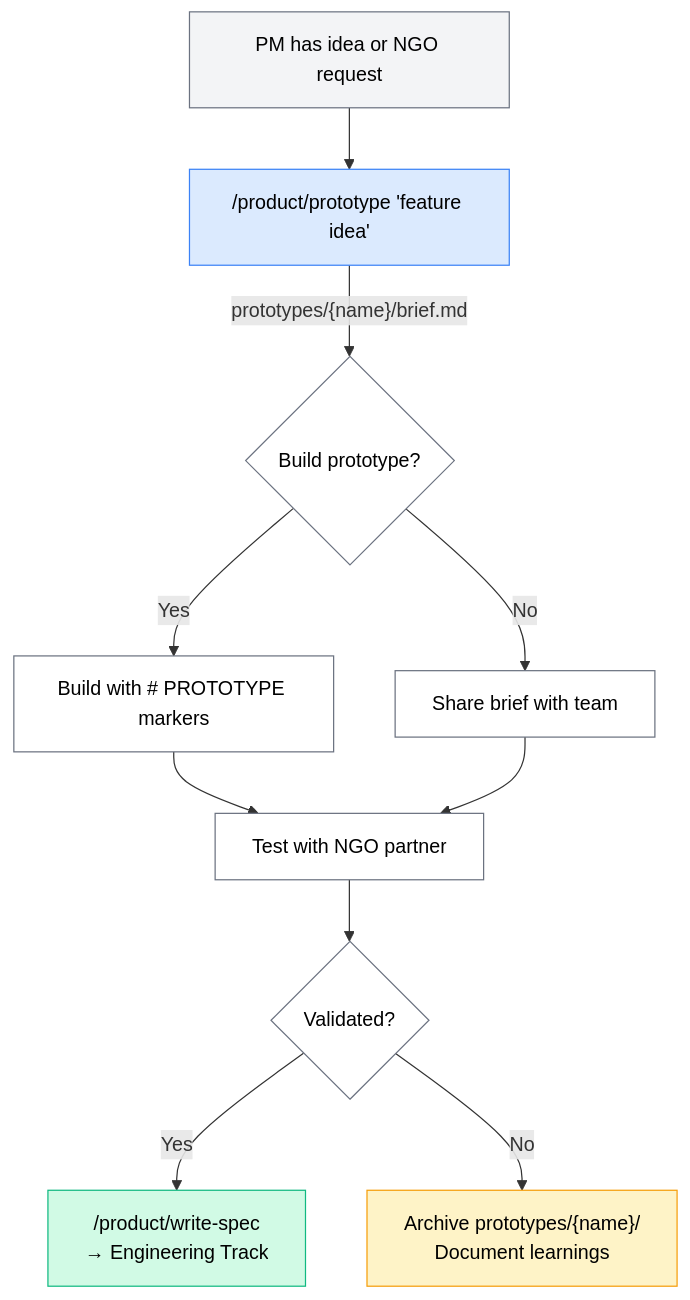
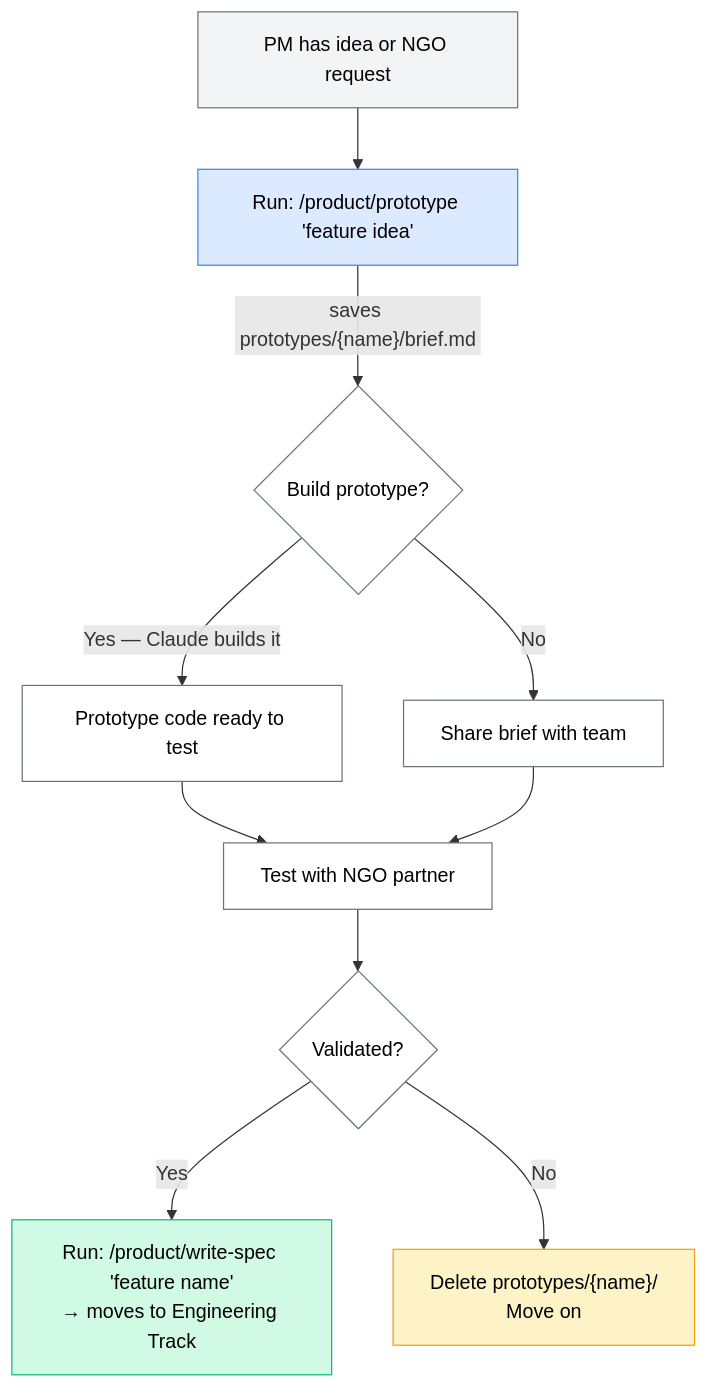
One commit to DalgoT4D/dalgo-core changed the first of 2 diagrams in README.md. Above: the diagram before and after it, drawn with Mermaid. The commit also changed other lines of this file and 1 other file, not shown here.

````diff
--- a/README.md
+++ b/README.md
@@ -50,22 +55,22 @@
 ```mermaid
 flowchart TD
-    A["PM has idea or NGO request"] --> B["/product/prototype 'feature idea'"]
-    B --> |"prototypes/{name}/brief.md"| C{"Build prototype?"}
-    C --> |Yes| D["Build with # PROTOTYPE markers"]
-    C --> |No| E["Share brief with team"]
+    A["PM has idea or NGO request"] --> B["Run: /product/prototype 'feature idea'"]
+    B --> |"saves prototypes/{name}/brief.md"| C{"Build prototype?"}
+    C --> |"Yes — Claude builds it"| D["Prototype code ready to test"]
+    C --> |"No"| E["Share brief with team"]
     D --> F["Test with NGO partner"]
     E --> F
     F --> G{Validated?}
-    G --> |"Yes"| H["/product/write-spec\n→ Engineering Track"]
-    G --> |"No"| I["Archive prototypes/{name}/\nDocument learnings"]
+    G --> |"Yes"| H["Run: /product/write-spec 'feature name'\n→ moves to Engineering Track"]
+    G --> |"No"| I["Delete prototypes/{name}/\nMove on"]
 
     style A fill:#f3f4f6,stroke:#6b7280,color:#000
     style B fill:#dbeafe,stroke:#3b82f6,color:#000
     style C fill:#fff,stroke:#6b7280,color:#000
     style D fill:#fff,stroke:#6b7280,color:#000
     style E fill:#fff,stroke:#6b7280,color:#000
     style F fill:#fff,stroke:#6b7280,color:#000
     style G fill:#fff,stroke:#6b7280,color:#000
     style H fill:#d1fae5,stroke:#10b981,color:#000
     style I fill:#fef3c7,stroke:#f59e0b,color:#000
 ```
````
